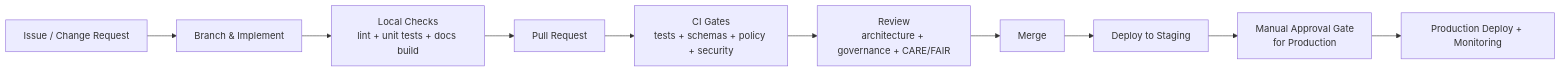
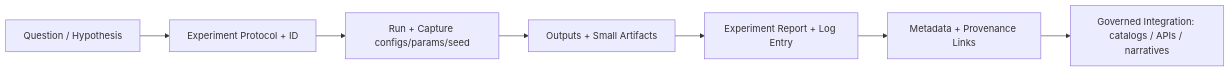
One commit to bartytime4life/Kansas-Frontier-Matrix changed the diagram in mcp/README.md. Above: the diagram before and after it, drawn with Mermaid. The commit also changed other lines of this file, not shown here.

````diff
--- a/mcp/README.md
+++ b/mcp/README.md
@@ -71,12 +97,9 @@
 ```mermaid
 flowchart LR
-  A[Issue / Change Request] --> B[Branch & Implement]
-  B --> C[Local Checks<br/>lint + unit tests + docs build]
-  C --> D[Pull Request]
-  D --> E[CI Gates<br/>tests + schemas + policy + security]
-  E --> F[Review<br/>architecture + governance + CARE/FAIR]
-  F --> G[Merge]
-  G --> H[Deploy to Staging]
-  H --> I[Manual Approval Gate<br/>for Production]
-  I --> J[Production Deploy + Monitoring]
+  A[Question / Hypothesis] --> B[Experiment Protocol + ID]
+  B --> C[Run + Capture configs/params/seed]
+  C --> D[Outputs + Small Artifacts]
+  D --> E[Experiment Report + Log Entry]
+  E --> F[Metadata + Provenance Links]
+  F --> G[Governed Integration: catalogs / APIs / narratives]
 ```
````
